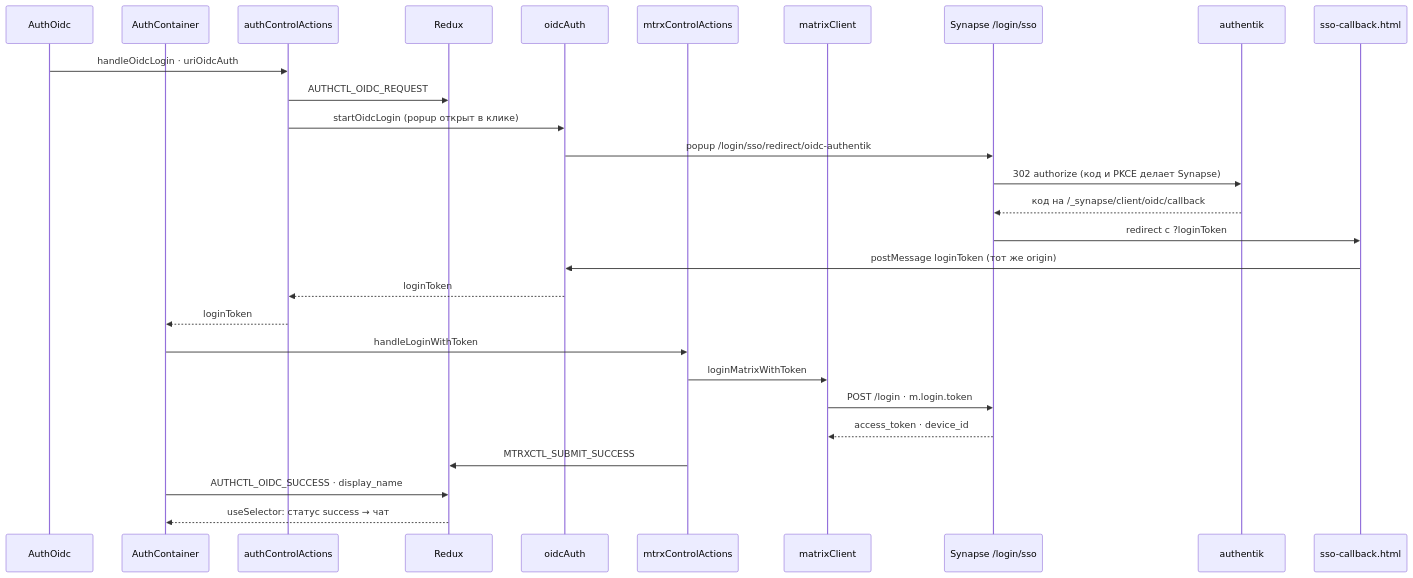
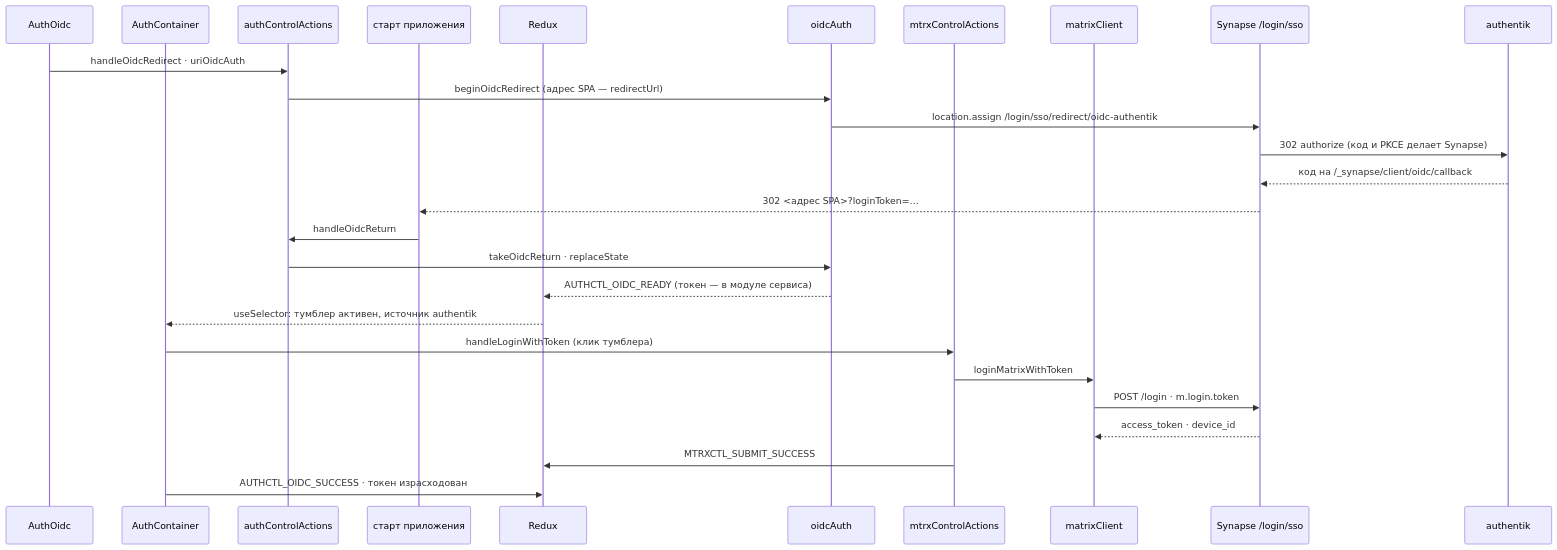
The third of 6 diagrams in docs/STATE.md (ars-anosov/matrix-react), drawn with Mermaid before and after one commit. The commit also changed other lines of this file and 22 other files, not shown here.

Commit message:
OIDC переехал в Auth полностью. Запуск matrix через мост.

````diff
--- a/docs/STATE.md
+++ b/docs/STATE.md
@@ -161,30 +162,29 @@
 ```mermaid
 sequenceDiagram
   participant Form as AuthOidc
   participant Br as AuthContainer
   participant Act as authControlActions
+  participant Boot as старт приложения
   participant RX as Redux
   participant Oidc as oidcAuth
   participant MAct as mtrxControlActions
   participant Cl as matrixClient
   participant SSO as Synapse /login/sso
   participant AK as authentik
-  participant CB as sso-callback.html
-  Form->>Act: handleOidcLogin · uriOidcAuth
-  Act->>RX: AUTHCTL_OIDC_REQUEST
-  Act->>Oidc: startOidcLogin (popup открыт в клике)
-  Oidc->>SSO: popup /login/sso/redirect/oidc-authentik
+  Form->>Act: handleOidcRedirect · uriOidcAuth
+  Act->>Oidc: beginOidcRedirect (адрес SPA — redirectUrl)
+  Oidc->>SSO: location.assign /login/sso/redirect/oidc-authentik
   SSO->>AK: 302 authorize (код и PKCE делает Synapse)
   AK-->>SSO: код на /_synapse/client/oidc/callback
-  SSO->>CB: redirect с ?loginToken
-  CB->>Oidc: postMessage loginToken (тот же origin)
-  Oidc-->>Act: loginToken
-  Act-->>Br: loginToken
-  Br->>MAct: handleLoginWithToken
+  SSO-->>Boot: 302 <адрес SPA>?loginToken=…
+  Boot->>Act: handleOidcReturn
+  Act->>Oidc: takeOidcReturn · replaceState
+  Oidc-->>RX: AUTHCTL_OIDC_READY (токен — в модуле сервиса)
+  RX-->>Br: useSelector: тумблер активен, источник authentik
+  Br->>MAct: handleLoginWithToken (клик тумблера)
   MAct->>Cl: loginMatrixWithToken
   Cl->>SSO: POST /login · m.login.token
   SSO-->>Cl: access_token · device_id
   MAct->>RX: MTRXCTL_SUBMIT_SUCCESS
-  Br->>RX: AUTHCTL_OIDC_SUCCESS · display_name
-  RX-->>Br: useSelector: статус success → чат
+  Br->>RX: AUTHCTL_OIDC_SUCCESS · токен израсходован
 ```
````
